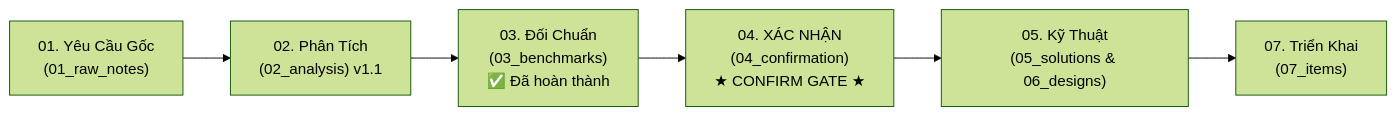
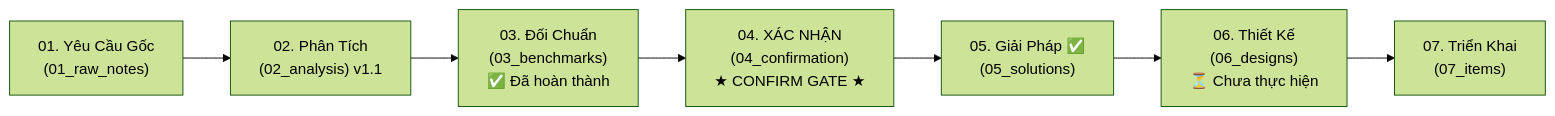
One commit to min3rd/open-erp changed the diagram in docs/sprints/sprint_03_plugin_manager/00_READING_GUIDE.md. Above: the diagram before and after it, drawn with Mermaid (forest theme). The commit also changed other lines of this file and 3 other files, not shown here.

First line of the commit message:
docs(sprint03): add solution architecture for plugin manager, distribution runtime and ui/cli

````diff
--- a/docs/sprints/sprint_03_plugin_manager/00_READING_GUIDE.md
+++ b/docs/sprints/sprint_03_plugin_manager/00_READING_GUIDE.md
@@ -16,8 +16,9 @@
 ```mermaid
 flowchart LR
     Step1["01. Yêu Cầu Gốc\n(01_raw_notes)"] --> Step2["02. Phân Tích\n(02_analysis) v1.1"]
     Step2 --> Step3["03. Đối Chuẩn\n(03_benchmarks)\n✅ Đã hoàn thành"]
     Step3 --> Step4["04. XÁC NHẬN\n(04_confirmation)\n★ CONFIRM GATE ★"]
-    Step4 --> Step5["05. Kỹ Thuật\n(05_solutions & 06_designs)"]
-    Step5 --> Step6["07. Triển Khai\n(07_items)"]
+    Step4 --> Step5["05. Giải Pháp ✅\n(05_solutions)"]
+    Step5 --> Step5b["06. Thiết Kế\n(06_designs)\n⏳ Chưa thực hiện"]
+    Step5b --> Step6["07. Triển Khai\n(07_items)"]
 ```
````
